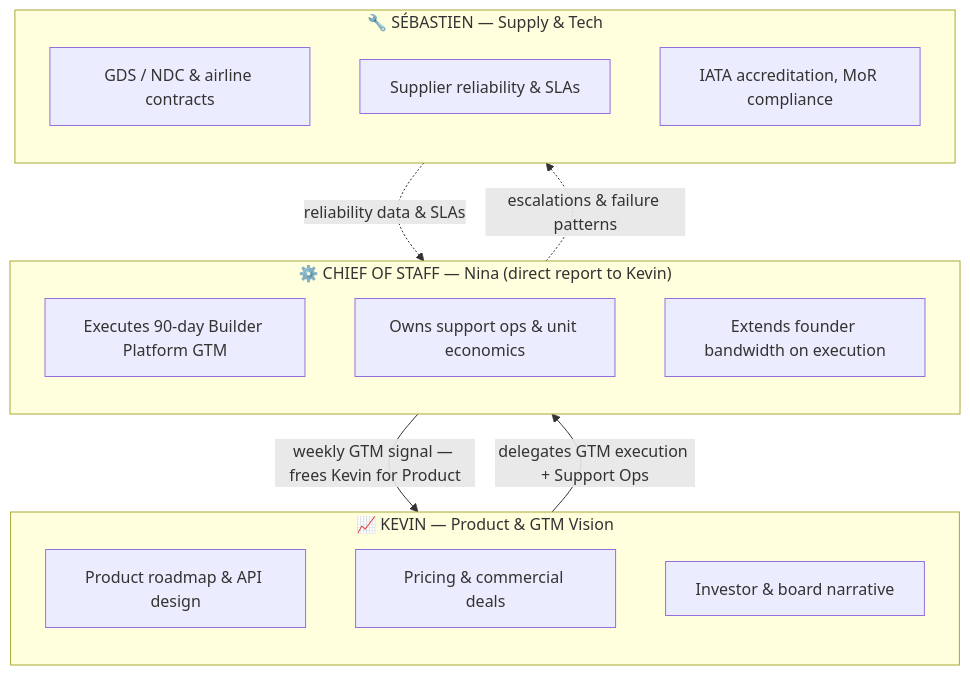
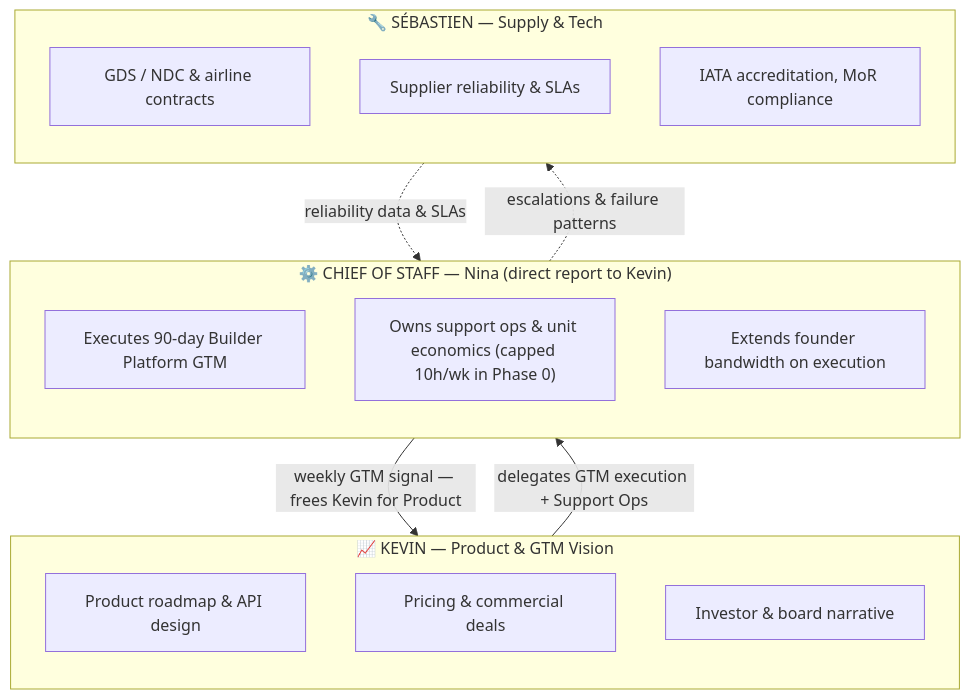
One commit to ninataba/jinko-cos changed the first of 2 diagrams in CASE_STUDY.md. Above: the diagram before and after it, drawn with Mermaid. The commit also changed other lines of this file and 1 other file, not shown here.

````diff
--- a/CASE_STUDY.md
+++ b/CASE_STUDY.md
@@ -18,28 +27,28 @@
 ```mermaid
 flowchart TB
     subgraph KEV["📈 KEVIN — Product & GTM Vision"]
         direction TB
         K1["Product roadmap & API design"]
         K2["Pricing & commercial deals"]
         K3["Investor & board narrative"]
     end
 
     subgraph COS["⚙️ CHIEF OF STAFF — Nina (direct report to Kevin)"]
         direction TB
         C1["Executes 90-day Builder Platform GTM"]
-        C2["Owns support ops & unit economics"]
+        C2["Owns support ops & unit economics (capped 10h/wk in Phase 0)"]
         C3["Extends founder bandwidth on execution"]
     end
 
     subgraph SEB["🔧 SÉBASTIEN — Supply & Tech"]
         direction TB
         S1["GDS / NDC & airline contracts"]
         S2["Supplier reliability & SLAs"]
         S3["IATA accreditation, MoR compliance"]
     end
 
     KEV -- "delegates GTM execution + Support Ops" --> COS
     COS -- "weekly GTM signal — frees Kevin for Product" --> KEV
     S2 -. "reliability data & SLAs" .-> COS
     COS -. "escalations & failure patterns" .-> SEB
 ```
````
